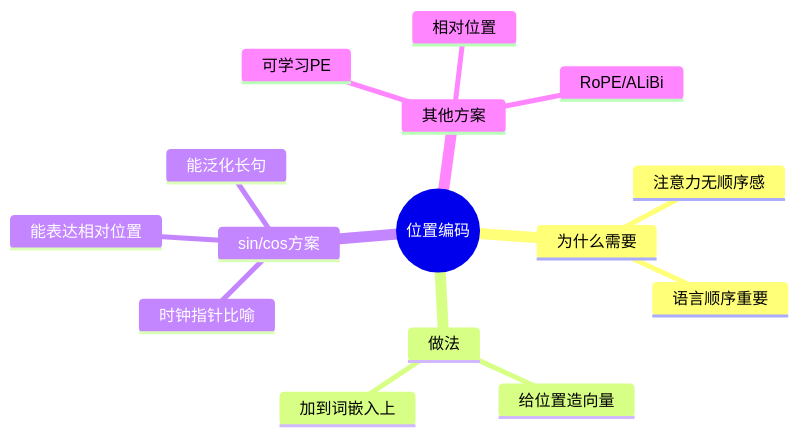
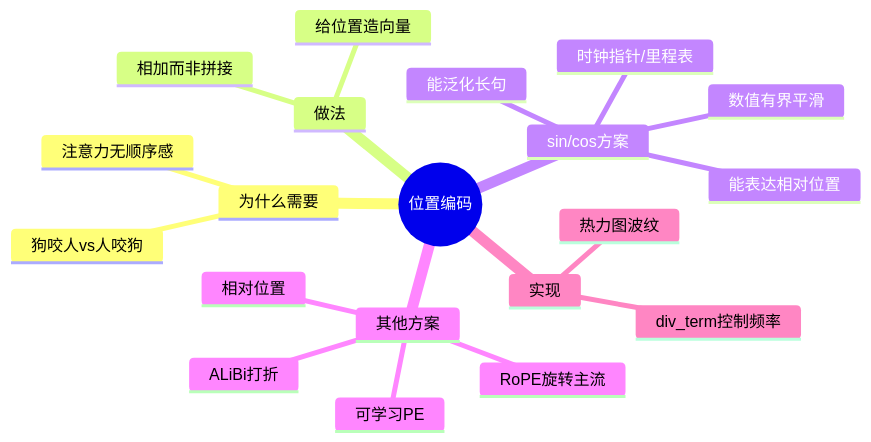
One commit to zerioo1970/summary changed the eighth of 8 diagrams in transformer-学习资料/第05章-位置编码.md. Above: the diagram before and after it, drawn with Mermaid. The commit also changed other lines of this file and 4 other files, not shown here.

Commit message:
大幅扩写第3-7章:新增数值手算/深入原理/更多图解/FAQ/可视化代码

````diff
--- a/transformer-学习资料/第05章-位置编码.md
+++ b/transformer-学习资料/第05章-位置编码.md
@@ -205,18 +404,23 @@
 ```mermaid
 mindmap
   root((位置编码))
     为什么需要
       注意力无顺序感
-      语言顺序重要
+      狗咬人vs人咬狗
     做法
       给位置造向量
-      加到词嵌入上
+      相加而非拼接
     sin/cos方案
-      时钟指针比喻
+      时钟指针/里程表
       能表达相对位置
       能泛化长句
+      数值有界平滑
     其他方案
       可学习PE
       相对位置
-      RoPE/ALiBi
+      RoPE旋转主流
+      ALiBi打折
+    实现
+      div_term控制频率
+      热力图波纹
 ```
````
